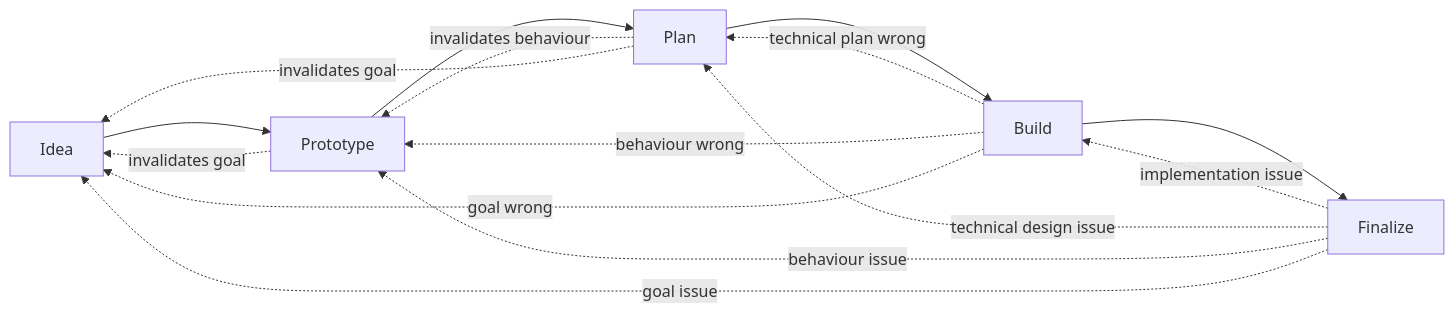
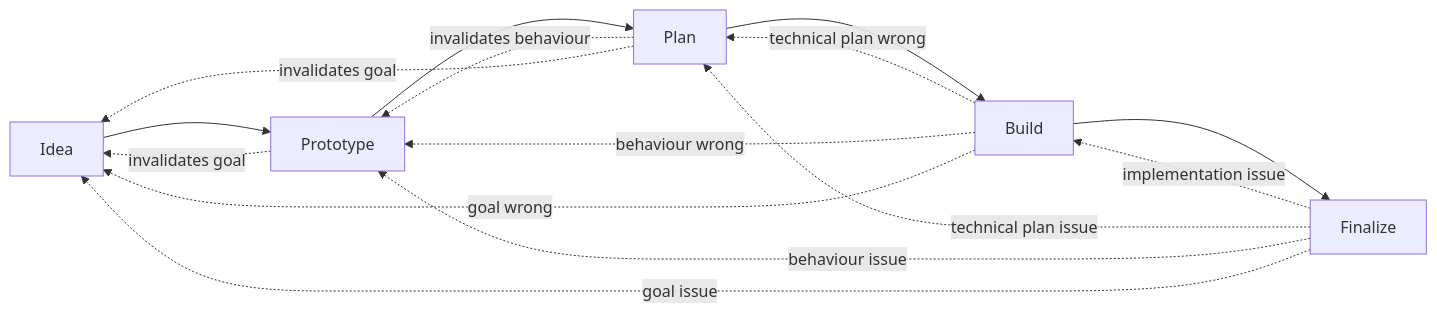
Before and after one commit to techoshik/skills: the diagram in .agents/skills/lifecycle/SKILL.md, drawn with Mermaid. The commit also changed other lines of this file and 15 other files, not shown here.

````diff
--- a/.agents/skills/lifecycle/SKILL.md
+++ b/.agents/skills/lifecycle/SKILL.md
@@ -22,14 +22,14 @@
 ```mermaid
 flowchart LR
     I[Idea] --> P[Prototype] --> L[Plan] --> B[Build] --> F[Finalize]
     P -. invalidates goal .-> I
     L -. invalidates behaviour .-> P
     L -. invalidates goal .-> I
     B -. technical plan wrong .-> L
     B -. behaviour wrong .-> P
     B -. goal wrong .-> I
     F -. implementation issue .-> B
-    F -. technical design issue .-> L
+    F -. technical plan issue .-> L
     F -. behaviour issue .-> P
     F -. goal issue .-> I
 ```
````
